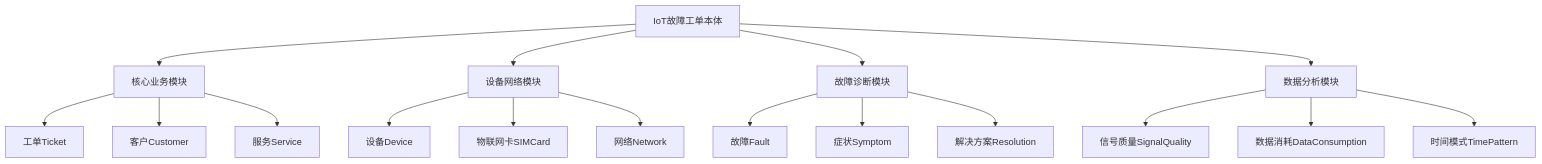
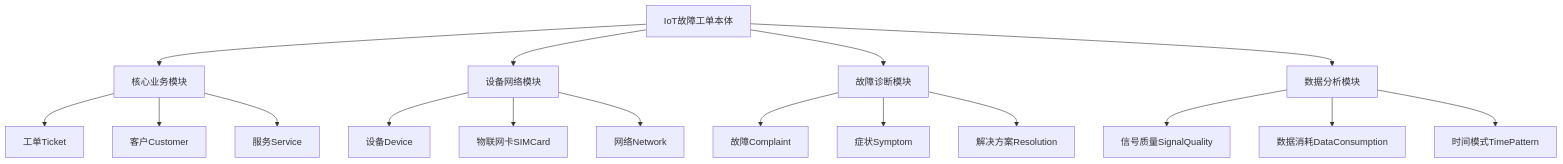
The diagram in IoT Complaint Ticket Ontology/IoT-Complaint-Ticket-Ontology-Overview-CN.md (asiainfo/AN-Ontology), drawn with Mermaid before and after one commit. The commit also changed other lines of this file and 4 other files, not shown here.

````diff
--- a/IoT Complaint Ticket Ontology/IoT-Complaint-Ticket-Ontology-Overview-CN.md
+++ b/IoT Complaint Ticket Ontology/IoT-Complaint-Ticket-Ontology-Overview-CN.md
@@ -60,23 +60,23 @@
 ```mermaid
 graph TB
     A[IoT故障工单本体] --> B[核心业务模块]
     A --> C[设备网络模块]
     A --> D[故障诊断模块]
     A --> E[数据分析模块]
     
     B --> B1[工单Ticket]
     B --> B2[客户Customer]
     B --> B3[服务Service]
     
     C --> C1[设备Device]
     C --> C2[物联网卡SIMCard]
     C --> C3[网络Network]
     
-    D --> D1[故障Fault]
+    D --> D1[故障Complaint]
     D --> D2[症状Symptom]
     D --> D3[解决方案Resolution]
     
     E --> E1[信号质量SignalQuality]
     E --> E2[数据消耗DataConsumption]
     E --> E3[时间模式TimePattern]
 ```
````
